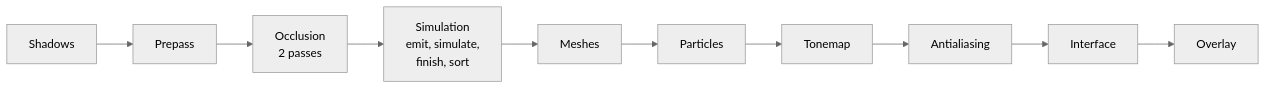
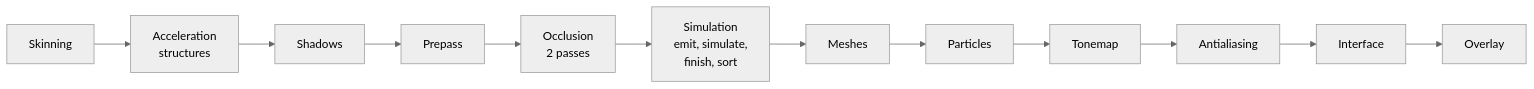
One commit to SBXdev3D/daidalos-engine-next changed the ninth of 12 diagrams in docs/ARCHITECTURE.md. Above: the diagram before and after it, drawn with Mermaid (neutral theme). The commit also changed other lines of this file and 5 other files, not shown here.

First line of the commit message:
Document the acceleration structures

````diff
--- a/docs/ARCHITECTURE.md
+++ b/docs/ARCHITECTURE.md
@@ -195,4 +196,4 @@
 ```mermaid
 flowchart LR
-    SH["Shadows"] --> PP["Prepass"] --> OC["Occlusion<br/>2 passes"] --> SI["Simulation<br/>emit, simulate,<br/>finish, sort"] --> ME["Meshes"] --> PA["Particles"] --> TO["Tonemap"] --> AA["Antialiasing"] --> UI["Interface"] --> OV["Overlay"]
+    SK["Skinning"] --> AS["Acceleration<br/>structures"] --> SH["Shadows"] --> PP["Prepass"] --> OC["Occlusion<br/>2 passes"] --> SI["Simulation<br/>emit, simulate,<br/>finish, sort"] --> ME["Meshes"] --> PA["Particles"] --> TO["Tonemap"] --> AA["Antialiasing"] --> UI["Interface"] --> OV["Overlay"]
 ```
````
